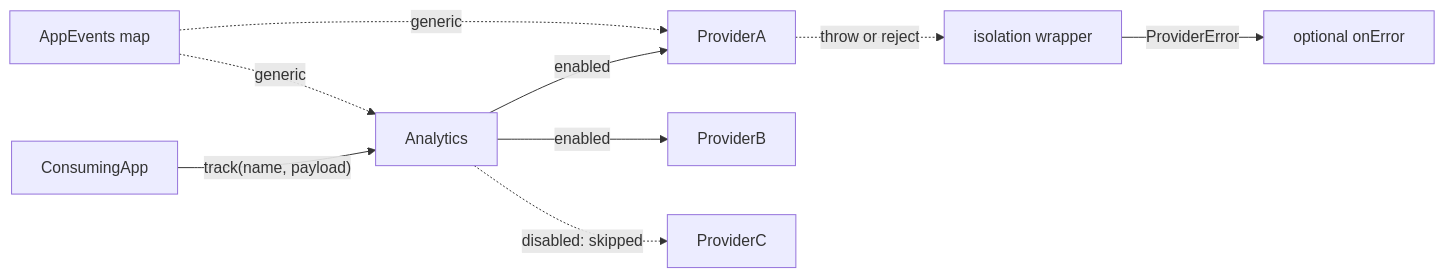
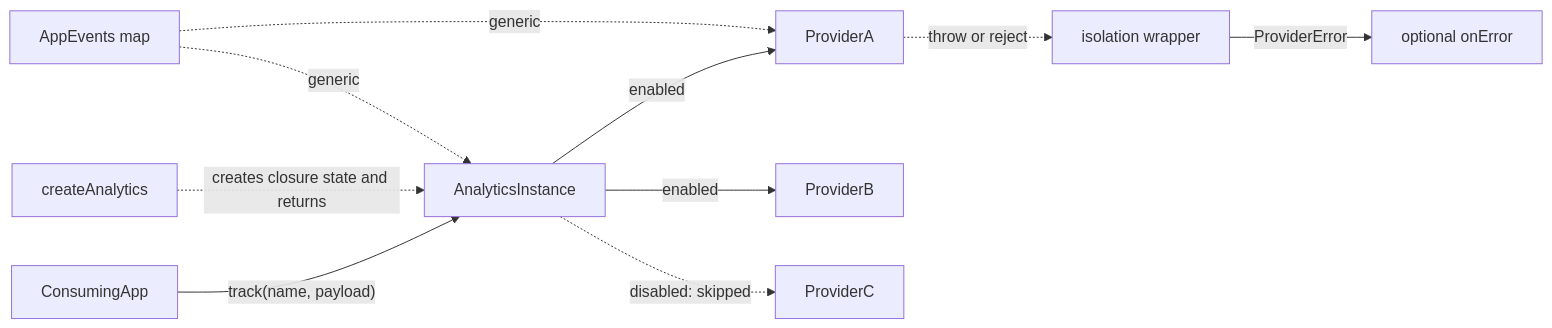
Before and after one commit to gharivand/box-multi-tracker: the first of 2 diagrams in ARCHITECTURE.md, drawn with Mermaid. The commit also changed other lines of this file, not shown here.

Commit message:
docs: update analytics SDK architecture to use factory function for instance management

````diff
--- a/ARCHITECTURE.md
+++ b/ARCHITECTURE.md
@@ -24,11 +24,12 @@
 ```mermaid
 flowchart LR
-  App[ConsumingApp] -->|"track(name, payload)"| Analytics
-  Analytics -->|enabled| ProviderA
-  Analytics -->|enabled| ProviderB
-  Analytics -.->|disabled: skipped| ProviderC
+  App[ConsumingApp] -->|"track(name, payload)"| Instance[AnalyticsInstance]
+  Factory[createAnalytics] -.creates closure state and returns.-> Instance
+  Instance -->|enabled| ProviderA
+  Instance -->|enabled| ProviderB
+  Instance -.->|disabled: skipped| ProviderC
   ProviderA -.->|"throw or reject"| Isolation[isolation wrapper]
   Isolation -->|ProviderError| OnError[optional onError]
-  AppEvents[AppEvents map] -.generic.-> Analytics
+  AppEvents[AppEvents map] -.generic.-> Instance
   AppEvents -.generic.-> ProviderA
 ```
````
